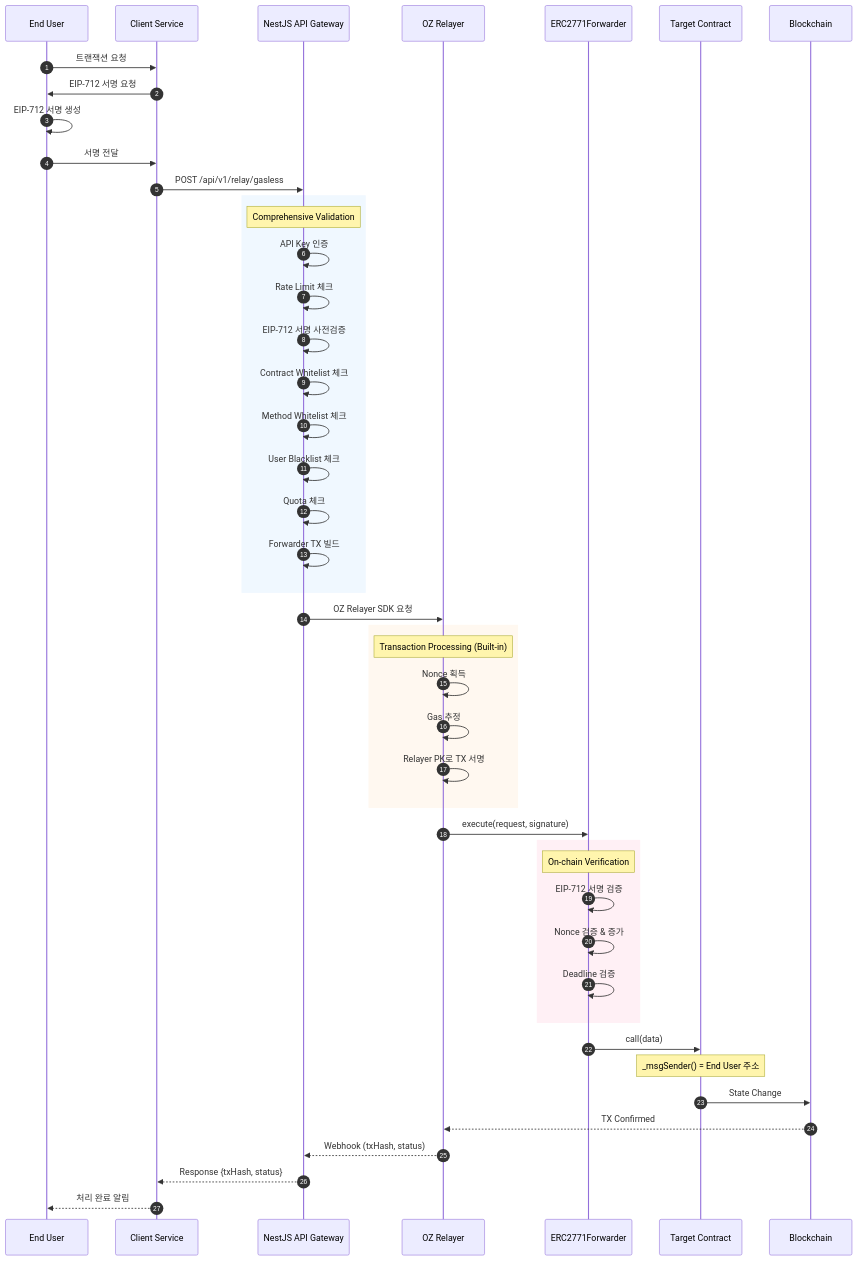
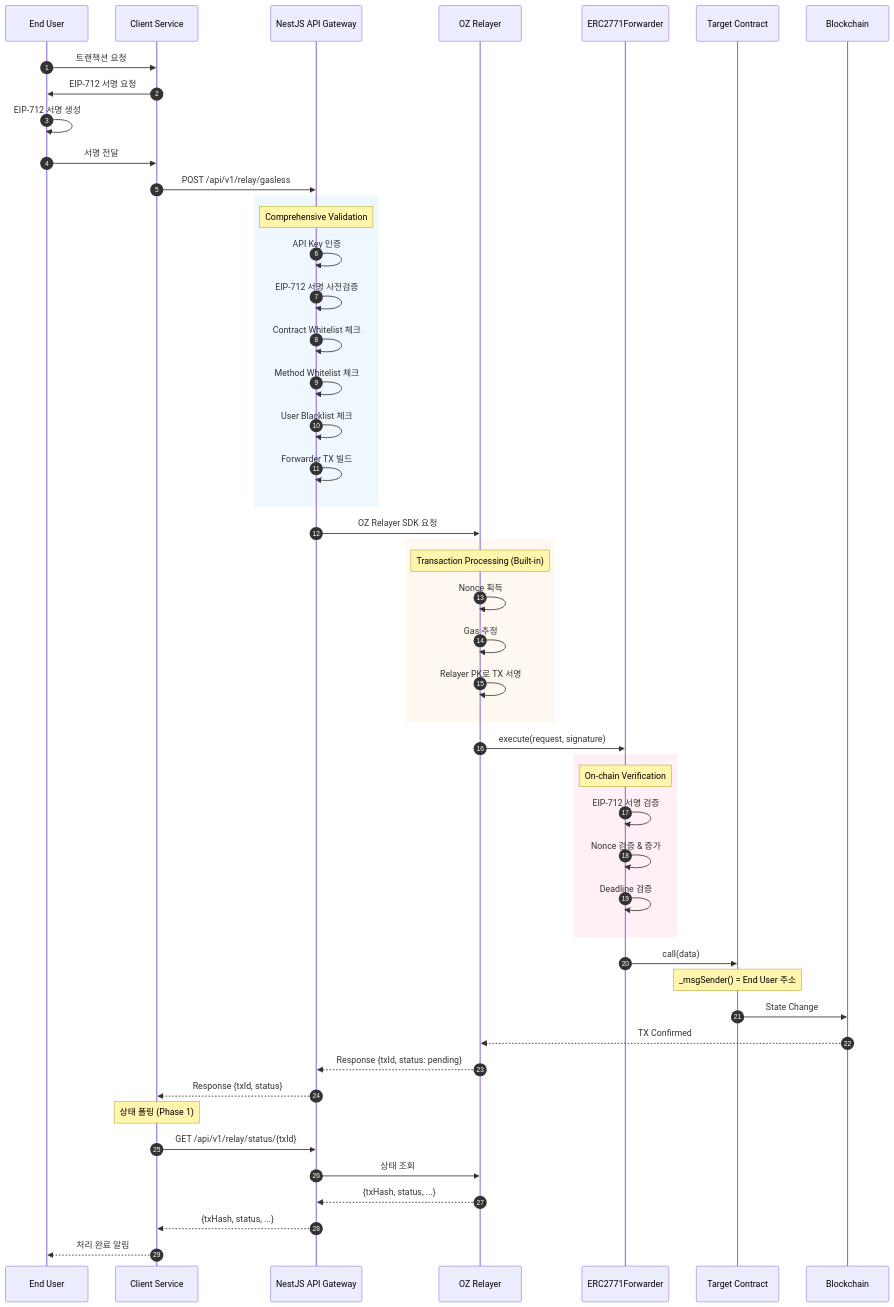
Before and after one commit to globalmsq/solo-relayer-service: the third of 3 diagrams in docs/structure.md, drawn with Mermaid. The commit also changed other lines of this file and 10 other files, not shown here.

````diff
--- a/docs/structure.md
+++ b/docs/structure.md
@@ -539,55 +562,59 @@
 ```mermaid
 sequenceDiagram
     autonumber
     participant EndUser as End User
     participant Client as Client Service
     participant Gateway as NestJS API Gateway
     participant Relayer as OZ Relayer
     participant Forwarder as ERC2771Forwarder
     participant Target as Target Contract
     participant BC as Blockchain
 
     EndUser->>Client: 트랜잭션 요청
     Client->>EndUser: EIP-712 서명 요청
     EndUser->>EndUser: EIP-712 서명 생성
     EndUser->>Client: 서명 전달
     Client->>Gateway: POST /api/v1/relay/gasless
 
     rect rgb(240, 248, 255)
         Note over Gateway: Comprehensive Validation
         Gateway->>Gateway: API Key 인증
-        Gateway->>Gateway: Rate Limit 체크
         Gateway->>Gateway: EIP-712 서명 사전검증
         Gateway->>Gateway: Contract Whitelist 체크
         Gateway->>Gateway: Method Whitelist 체크
         Gateway->>Gateway: User Blacklist 체크
-        Gateway->>Gateway: Quota 체크
         Gateway->>Gateway: Forwarder TX 빌드
     end
 
     Gateway->>Relayer: OZ Relayer SDK 요청
 
     rect rgb(255, 248, 240)
         Note over Relayer: Transaction Processing (Built-in)
         Relayer->>Relayer: Nonce 획득
         Relayer->>Relayer: Gas 추정
         Relayer->>Relayer: Relayer PK로 TX 서명
     end
 
     Relayer->>Forwarder: execute(request, signature)
 
     rect rgb(255, 240, 245)
         Note over Forwarder: On-chain Verification
         Forwarder->>Forwarder: EIP-712 서명 검증
         Forwarder->>Forwarder: Nonce 검증 & 증가
         Forwarder->>Forwarder: Deadline 검증
     end
 
     Forwarder->>Target: call(data)
     Note over Target: _msgSender() = End User 주소
     Target->>BC: State Change
     BC-->>Relayer: TX Confirmed
-    Relayer-->>Gateway: Webhook (txHash, status)
-    Gateway-->>Client: Response {txHash, status}
+    Relayer-->>Gateway: Response {txId, status: pending}
+    Gateway-->>Client: Response {txId, status}
+
+    Note over Client: 상태 폴링 (Phase 1)
+    Client->>Gateway: GET /api/v1/relay/status/{txId}
+    Gateway->>Relayer: 상태 조회
+    Relayer-->>Gateway: {txHash, status, ...}
+    Gateway-->>Client: {txHash, status, ...}
     Client-->>EndUser: 처리 완료 알림
 ```
````
